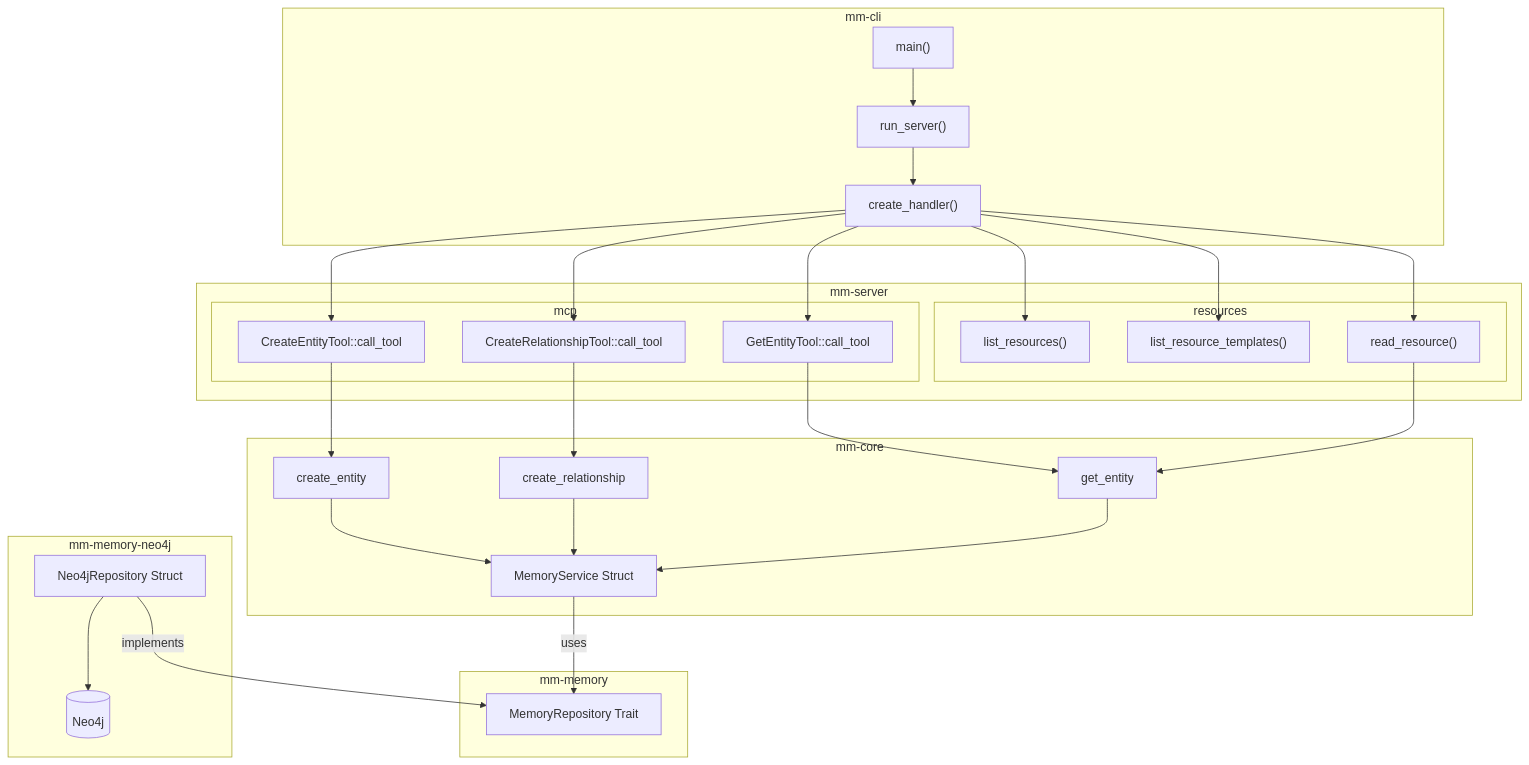
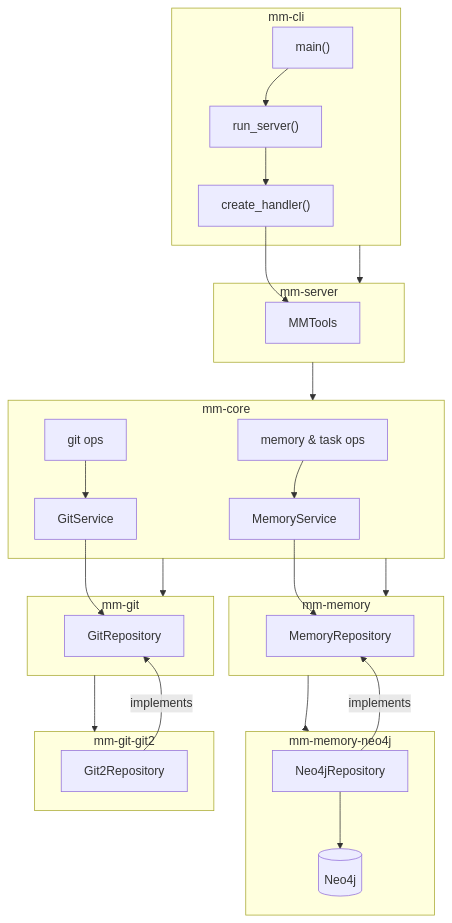
One commit to andoriyu/middle-manager changed the diagram in README.md. Above: the diagram before and after it, drawn with Mermaid. The commit also changed other lines of this file, not shown here.

Commit message:
docs: update README and architecture diagram

````diff
--- a/README.md
+++ b/README.md
@@ -38,60 +54,41 @@
 ```mermaid
 graph TD
-    %% mm-cli details
+    %% mm-cli
     subgraph "mm-cli"
-        main_fn["main()"]
-        run_server_fn["run_server()"]
-        main_fn --> run_server_fn
+        main_fn["main()"] --> run_server_fn["run_server()"]
         run_server_fn --> create_handler
     end
 
-    %% mm-server details
+    %% mm-server
     subgraph "mm-server"
-        create_handler["create_handler()"]
-        subgraph "mcp"
-            create_tool["CreateEntityTool::call_tool"]
-            create_rel_tool["CreateRelationshipTool::call_tool"]
-            get_tool["GetEntityTool::call_tool"]
-        end
-        subgraph "resources"
-            list_res["list_resources()"]
-            list_tmpl["list_resource_templates()"]
-            read_res["read_resource()"]
-        end
-        create_handler --> create_tool
-        create_handler --> create_rel_tool
-        create_handler --> get_tool
-        create_handler --> list_res
-        create_handler --> list_tmpl
-        create_handler --> read_res
+        create_handler["create_handler()"] --> tools["MMTools"]
     end
 
-    %% mm-core details
+    %% core
     subgraph "mm-core"
-        create_op["create_entity"]
-        create_rel_op["create_relationship"]
-        get_op["get_entity"]
-        create_op --> memory_service["MemoryService Struct"]
-        create_rel_op --> memory_service
-        get_op --> memory_service
+        memory_ops["memory & task ops"] --> memory_service
+        git_ops["git ops"] --> git_service
     end
 
-    %% mm-memory details
+    %% memory crates
     subgraph "mm-memory"
-        memory_service["MemoryService Struct"]
-        repository_trait["MemoryRepository Trait"]
-        memory_service -->|uses| repository_trait
+        memory_service["MemoryService"] --> repo_trait["MemoryRepository"]
+    end
+    subgraph "mm-memory-neo4j"
+        neo4j_repo["Neo4jRepository"] -->|implements| repo_trait
+        neo4j_repo --> neo4j[(Neo4j)]
     end
 
-    %% mm-memory-neo4j details
-    subgraph "mm-memory-neo4j"
-        neo4j_repo["Neo4jRepository Struct"] -->|implements| repository_trait
-        neo4j_repo --> neo4j_db[(Neo4j)]
+    %% git crates
+    subgraph "mm-git"
+        git_service["GitService"] --> git_repo_trait["GitRepository"]
+    end
+    subgraph "mm-git-git2"
+        git2_repo["Git2Repository"] -->|implements| git_repo_trait
     end
 
-    %% Flow connections
-    create_tool --> create_op
-    create_rel_tool --> create_rel_op
-    get_tool --> get_op
-    read_res --> get_op
+    %% relationships
+    mm-cli --> mm-server --> mm-core
+    mm-core --> mm-memory --> mm-memory-neo4j
+    mm-core --> mm-git --> mm-git-git2
 ```
````
